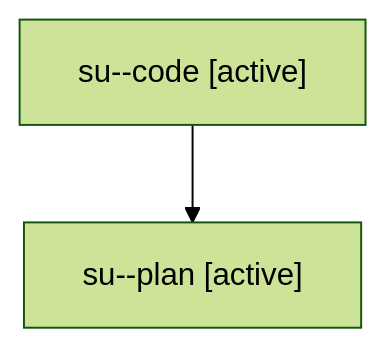
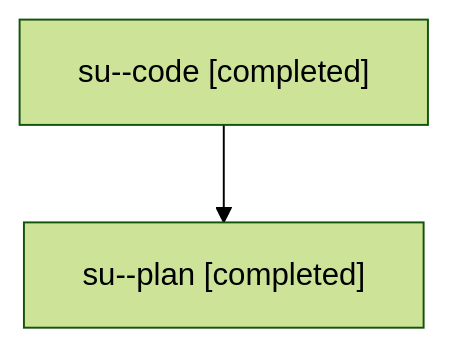
The diagram in families/bbugyi200.athena.su.md (sase-org/sase--agents), drawn with Mermaid (forest theme) before and after one commit. The commit also changed other lines of this file and 13 other files, not shown here.

````diff
--- a/families/bbugyi200.athena.su.md
+++ b/families/bbugyi200.athena.su.md
@@ -9,6 +9,6 @@
 ```mermaid
 flowchart TD
-  n0["su--code [active]"]
-  n1["su--plan [active]"]
+  n0["su--code [completed]"]
+  n1["su--plan [completed]"]
   n0 --> n1
 ```
````
